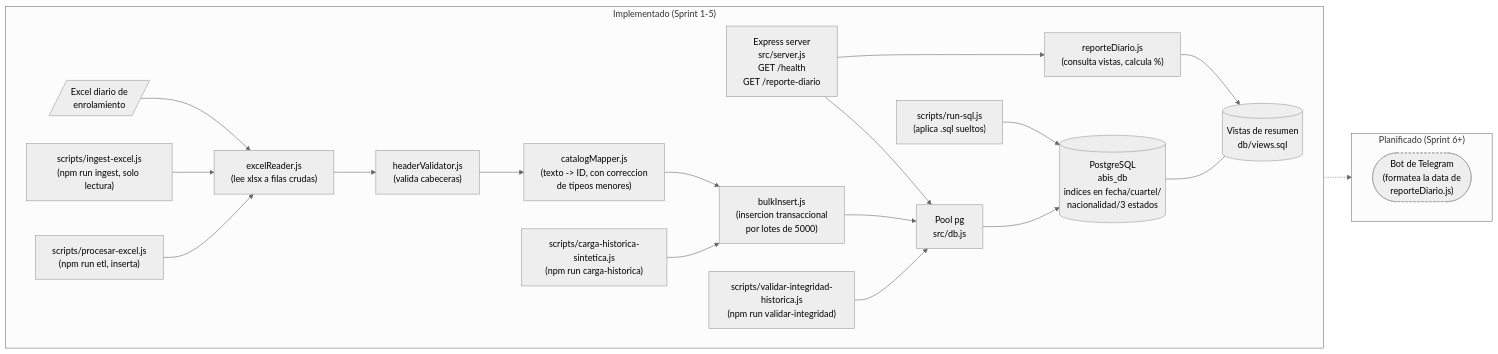
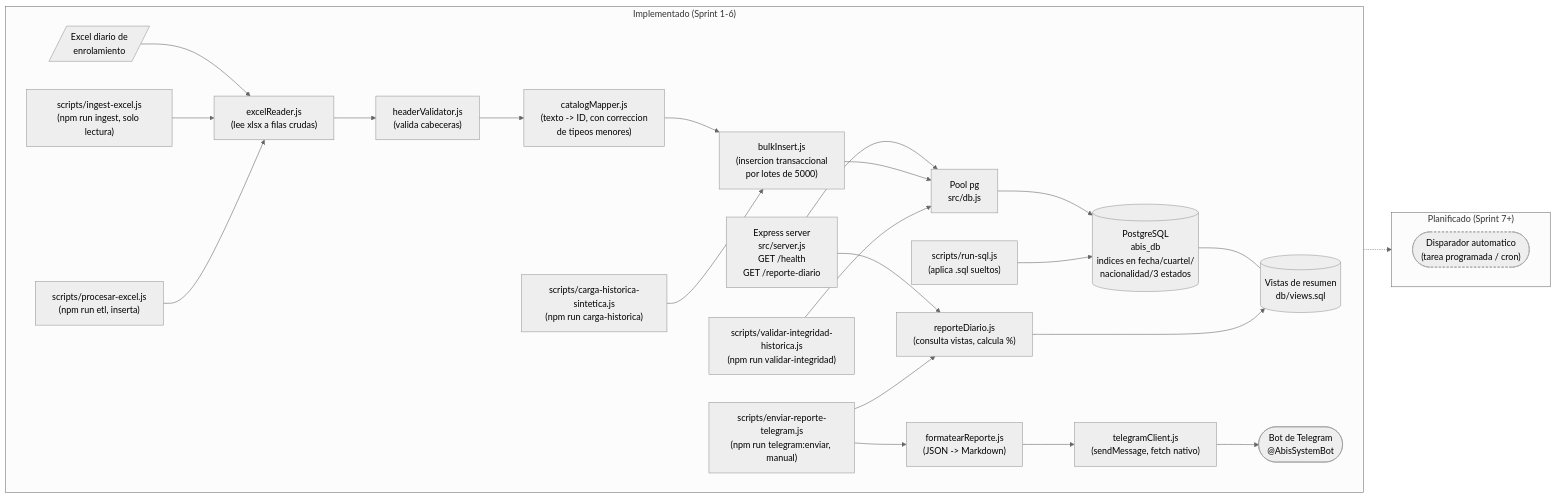
Before and after one commit to NicolasPonceH/Abis-Analisis: the diagram in docs/diagramas/arquitectura.md, drawn with Mermaid (neutral theme). The commit also changed other lines of this file and 11 other files, not shown here.

Commit message:
Sprint 6: bot de Telegram, cliente HTTP y template del mensaje diario

````diff
--- a/docs/diagramas/arquitectura.md
+++ b/docs/diagramas/arquitectura.md
@@ -6,42 +6,48 @@
 ```mermaid
 flowchart LR
-    subgraph impl["Implementado (Sprint 1-5)"]
+    subgraph impl["Implementado (Sprint 1-6)"]
         direction LR
         API["Express server<br/>src/server.js<br/>GET /health<br/>GET /reporte-diario"]
         POOL["Pool pg<br/>src/db.js"]
         DB[("PostgreSQL<br/>abis_db<br/>indices en fecha/cuartel/<br/>nacionalidad/3 estados")]
         VIEWS[("Vistas de resumen<br/>db/views.sql")]
         REPORTE["reporteDiario.js<br/>(consulta vistas, calcula %)"]
+        FORMATO["formatearReporte.js<br/>(JSON -> Markdown)"]
+        TGCLIENT["telegramClient.js<br/>(sendMessage, fetch nativo)"]
         RUNSQL["scripts/run-sql.js<br/>(aplica .sql sueltos)"]
         EXCEL[/"Excel diario de<br/>enrolamiento"/]
         READER["excelReader.js<br/>(lee xlsx a filas crudas)"]
         VALID["headerValidator.js<br/>(valida cabeceras)"]
         MAP["catalogMapper.js<br/>(texto -> ID, con correccion<br/>de tipeos menores)"]
         BULKINSERT["bulkInsert.js<br/>(insercion transaccional<br/>por lotes de 5000)"]
         CLI["scripts/ingest-excel.js<br/>(npm run ingest, solo lectura)"]
         CLIETL["scripts/procesar-excel.js<br/>(npm run etl, inserta)"]
         SINTETICO["scripts/carga-historica-sintetica.js<br/>(npm run carga-historica)"]
         INTEGRIDAD["scripts/validar-integridad-historica.js<br/>(npm run validar-integridad)"]
+        CLITG["scripts/enviar-reporte-telegram.js<br/>(npm run telegram:enviar, manual)"]
+        TG(["Bot de Telegram<br/>@AbisSystemBot"])
 
         API --> POOL --> DB
         DB --- VIEWS
         API --> REPORTE --> VIEWS
         RUNSQL --> DB
         EXCEL --> READER --> VALID --> MAP
         MAP --> BULKINSERT --> POOL
         CLI --> READER
         CLIETL --> READER
         SINTETICO --> BULKINSERT
         INTEGRIDAD --> POOL
+        CLITG --> REPORTE
+        CLITG --> FORMATO --> TGCLIENT --> TG
     end
 
-    subgraph plan["Planificado (Sprint 6+)"]
+    subgraph plan["Planificado (Sprint 7+)"]
         direction LR
-        TG(["Bot de Telegram<br/>(formatea la data de<br/>reporteDiario.js)"])
+        CRON(["Disparador automatico<br/>(tarea programada / cron)"])
     end
 
-    REPORTE -.-> TG
+    CLITG -.-> CRON
 
     classDef planned stroke-dasharray: 4 3
-    class TG planned
+    class CRON planned
 ```
````
